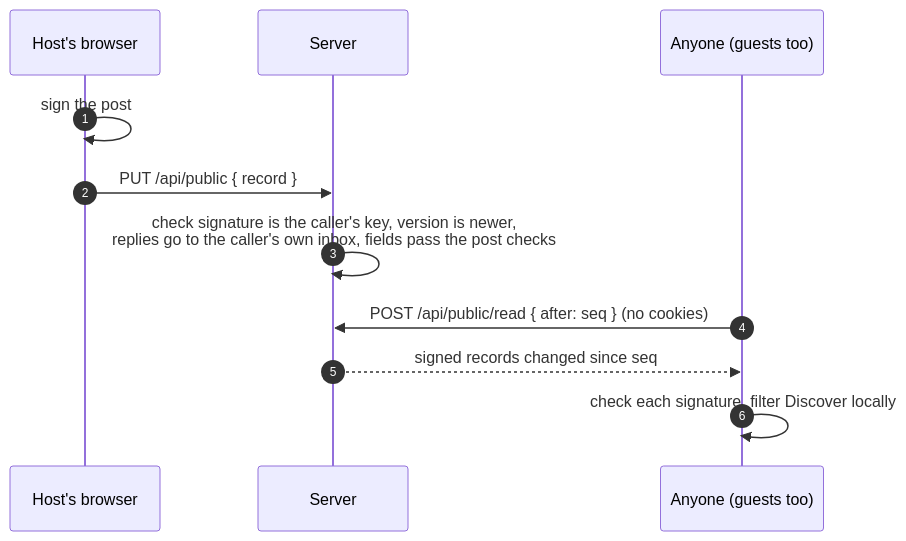
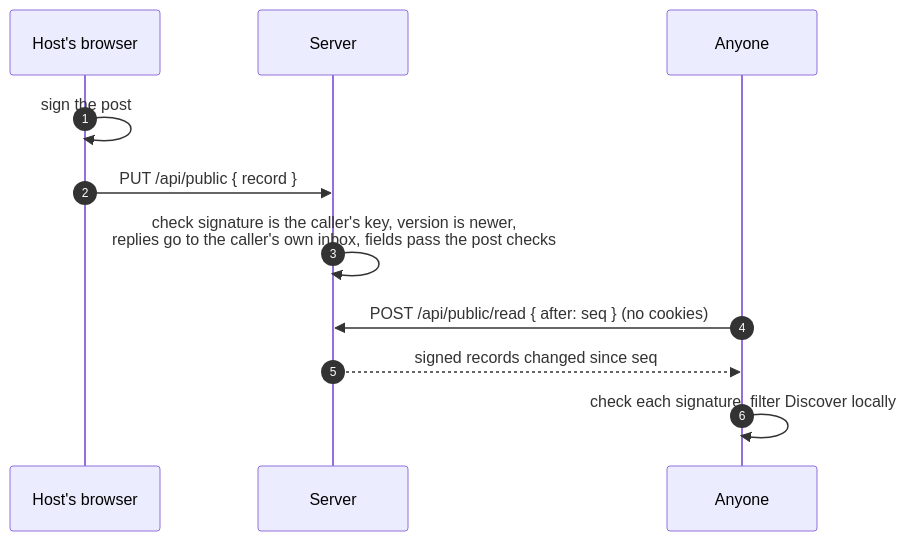
The sixth of 8 diagrams in docs/encryption.md (6j0-org/bored), drawn with Mermaid before and after one commit. The commit also changed other lines of this file and 19 other files, not shown here.

````diff
--- a/docs/encryption.md
+++ b/docs/encryption.md
@@ -246,13 +241,13 @@
 ```mermaid
 sequenceDiagram
   autonumber
   participant H as Host's browser
   participant S as Server
-  participant G as Anyone (guests too)
+  participant G as Anyone
   H->>H: sign the post
   H->>S: PUT /api/public { record }
   S->>S: check signature is the caller's key, version is newer,<br/>replies go to the caller's own inbox, fields pass the post checks
   G->>S: POST /api/public/read { after: seq } (no cookies)
   S-->>G: signed records changed since seq
   G->>G: check each signature, filter Discover locally
 ```
````
